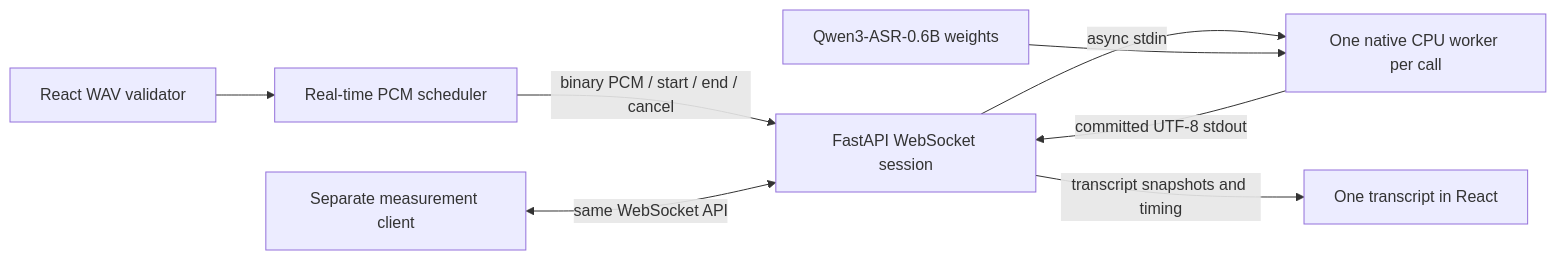
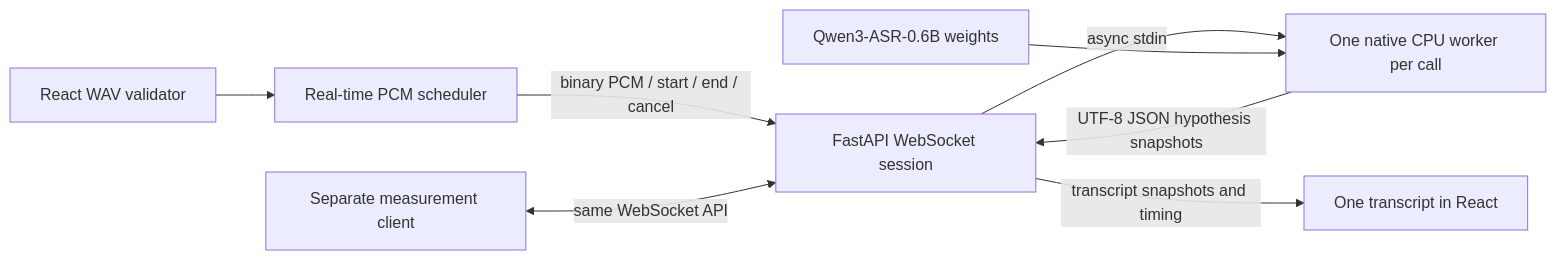
One commit to Abbhhiiii/Multilingual-speech-text changed the diagram in README.md. Above: the diagram before and after it, drawn with Mermaid. The commit also changed other lines of this file and 26 other files, not shown here.

````diff
--- a/README.md
+++ b/README.md
@@ -60,10 +60,10 @@
 ```mermaid
 flowchart LR
   A[React WAV validator] --> B[Real-time PCM scheduler]
   B -->|binary PCM / start / end / cancel| C[FastAPI WebSocket session]
   C -->|async stdin| D[One native CPU worker per call]
   E[Qwen3-ASR-0.6B weights] --> D
-  D -->|committed UTF-8 stdout| C
+  D -->|UTF-8 JSON hypothesis snapshots| C
   C -->|transcript snapshots and timing| F[One transcript in React]
   G[Separate measurement client] <-->|same WebSocket API| C
 ```
````
